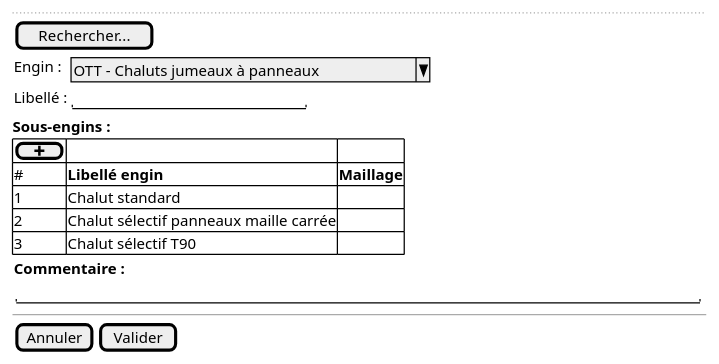
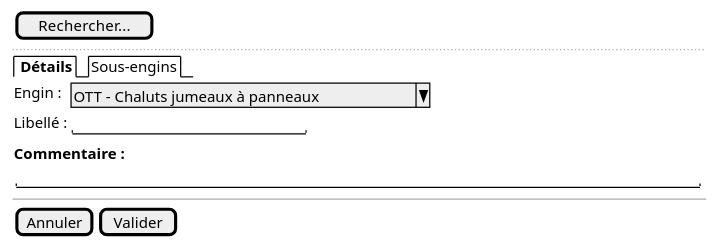
One commit to sumaris-net/sumaris-doc changed the diagram in projects/apase/spe/gear-parent.puml. Above: the diagram before and after it, drawn with PlantUML. The commit also changed 5 other files, not shown here.

```diff
--- a/projects/apase/spe/gear-parent.puml
+++ b/projects/apase/spe/gear-parent.puml
@@ -1,36 +1,30 @@
 @startsalt
 
 {
+    {
+                         | [Rechercher...]
+    }
     ..
+
     {
-        [Rechercher...]
+        {/ <b> Détails | Sous-engins }
     }
 
     {
       Engin : | { ^ OTT - Chaluts jumeaux à panneaux ^ }
       Libellé : | { "                       " }
-    }
-
-    <b>Sous-engins :
-
-    {#
-      [ <&plus> ] |  .              | .
-      # | <b>Libellé engin | <b>Maillage
-      1 | Chalut standard | .
-      2 | Chalut sélectif panneaux maille carrée | .
-      3 | Chalut sélectif T90 | .
     }
 
     {
         <b>Commentaire :
 
         { "                                                                    "}
     }
 
   --
 
   {
     [Annuler] | [Valider]
   }
 }
 @endsalt
```
